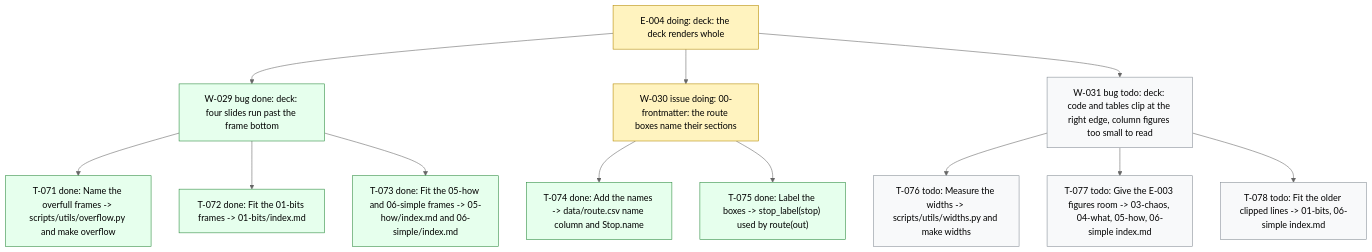
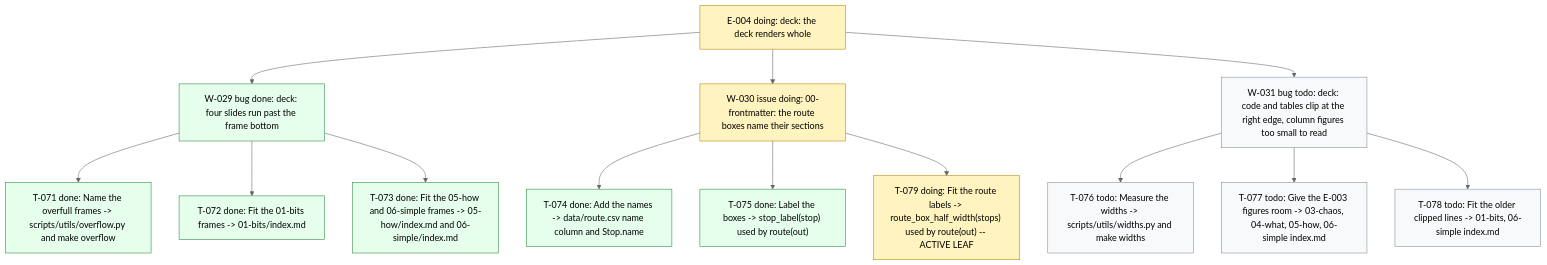
The diagram in .board/BOARD.md (dpopchev/chaos-to-simple), drawn with Mermaid (neutral theme) before and after one commit. The commit also changed other lines of this file and 4 other files, not shown here.

First line of the commit message:
chore(board): file T-079 on W-030, the clipped route box

````diff
--- a/.board/BOARD.md
+++ b/.board/BOARD.md
@@ -193,23 +193,24 @@
 ```mermaid
 flowchart TD
   E004["E-004 doing: deck: the deck renders whole"]
   E004 --> W029["W-029 bug done: deck: four slides run past the frame bottom"]
   W029 --> T071["T-071 done: Name the overfull frames -> scripts/utils/overflow.py and make overflow"]
   W029 --> T072["T-072 done: Fit the 01-bits frames -> 01-bits/index.md"]
   W029 --> T073["T-073 done: Fit the 05-how and 06-simple frames -> 05-how/index.md and 06-simple/index.md"]
   E004 --> W030["W-030 issue doing: 00-frontmatter: the route boxes name their sections"]
   W030 --> T074["T-074 done: Add the names -> data/route.csv name column and Stop.name"]
   W030 --> T075["T-075 done: Label the boxes -> stop_label(stop) used by route(out)"]
+  W030 --> T079["T-079 doing: Fit the route labels -> route_box_half_width(stops) used by route(out) -- ACTIVE LEAF"]
   E004 --> W031["W-031 bug todo: deck: code and tables clip at the right edge, column figures too small to read"]
   W031 --> T076["T-076 todo: Measure the widths -> scripts/utils/widths.py and make widths"]
   W031 --> T077["T-077 todo: Give the E-003 figures room -> 03-chaos, 04-what, 05-how, 06-simple index.md"]
   W031 --> T078["T-078 todo: Fit the older clipped lines -> 01-bits, 06-simple index.md"]
   classDef doing fill:#fff3bf,stroke:#b58900,color:#000;
   classDef blocked fill:#ffe3e3,stroke:#c92a2a,color:#000;
   classDef done fill:#e6ffed,stroke:#2b8a3e,color:#000;
   classDef todo fill:#f8f9fa,stroke:#868e96,color:#000;
   classDef pruned fill:#f1f3f5,stroke:#adb5bd,color:#000;
-  class E004,W030 doing
+  class E004,W030,T079 doing
   class W029,T071,T072,T073,T074,T075 done
   class W031,T076,T077,T078 todo
 ```
````
